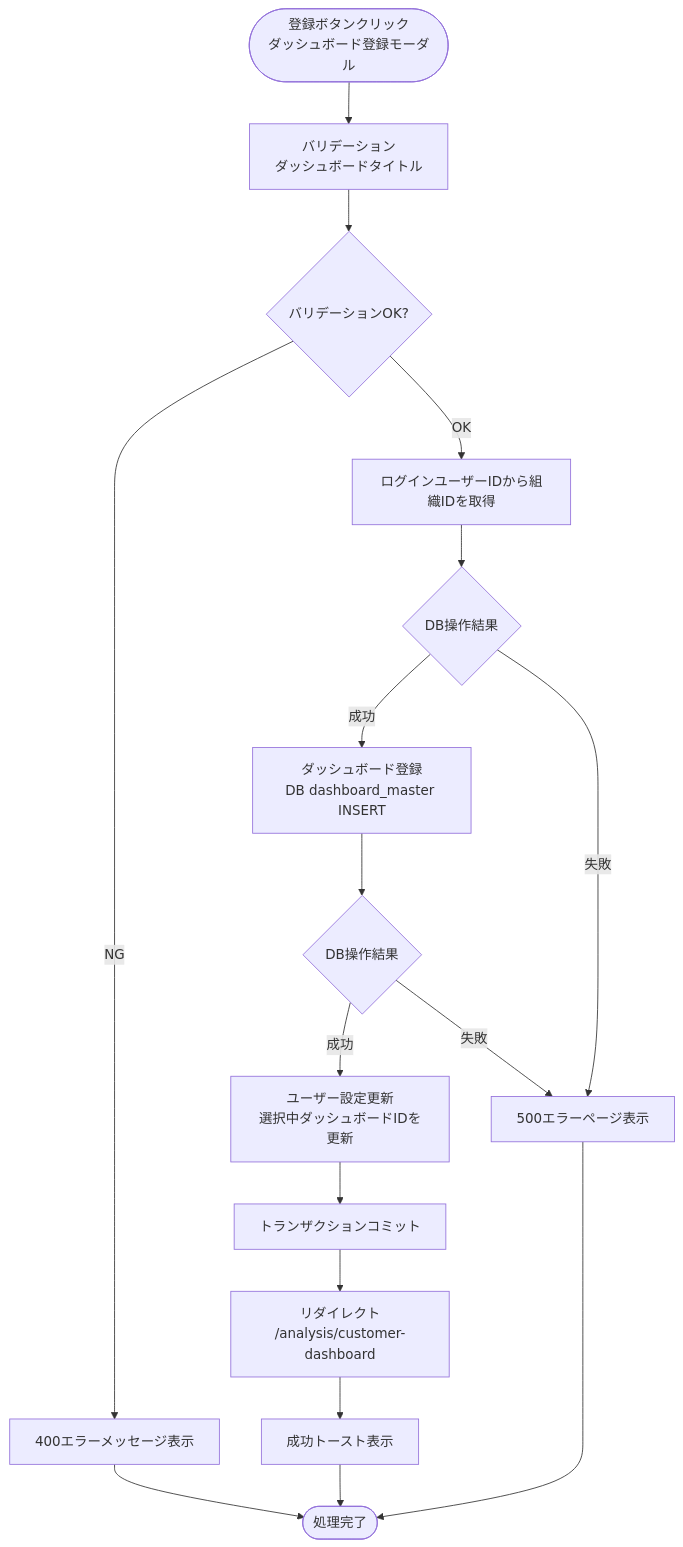
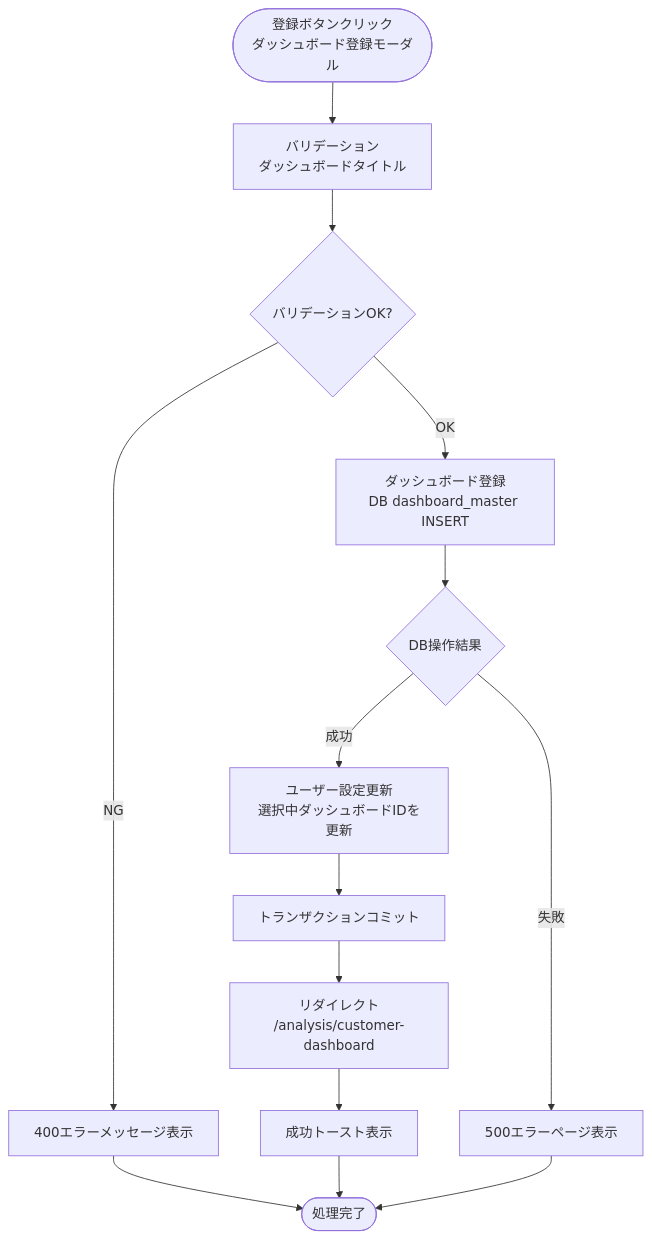
Before and after one commit to NSW-SVCP-AIWG002/Databricks-IoT: the third of 17 diagrams in docs/03-features/flask-app/customer-dashboard/common/workflow-specification.md, drawn with Mermaid. The commit also changed other lines of this file and 3 other files, not shown here.

````diff
--- a/docs/03-features/flask-app/customer-dashboard/common/workflow-specification.md
+++ b/docs/03-features/flask-app/customer-dashboard/common/workflow-specification.md
@@ -931,23 +931,19 @@
 ```mermaid
 flowchart TD
     Start([登録ボタンクリック<br>ダッシュボード登録モーダル]) --> Validate[バリデーション<br>ダッシュボードタイトル]
     Validate --> CheckValidate{バリデーションOK?}
     CheckValidate -->|NG| Error400[400エラーメッセージ表示]
-    CheckValidate -->|OK| OrgIdQuery[ログインユーザーIDから組織IDを取得]
-
-    OrgIdQuery --> CheckOrgIdQuery{DB操作結果}
-    CheckOrgIdQuery -->|成功| Insert[ダッシュボード登録<br>DB dashboard_master INSERT]
-    CheckOrgIdQuery -->|失敗| Error500[500エラーページ表示]
+    CheckValidate -->|OK| Insert[ダッシュボード登録<br>DB dashboard_master INSERT]
 
     Insert --> CheckInsert{DB操作結果}
     CheckInsert -->|成功| UpdateSetting[ユーザー設定更新<br>選択中ダッシュボードIDを更新]
-    CheckInsert -->|失敗| Error500
+    CheckInsert -->|失敗| Error500[500エラーページ表示]
     UpdateSetting --> Commit[トランザクションコミット]
 
     Commit --> Redirect[リダイレクト<br>/analysis/customer-dashboard]
     Redirect --> 200OK[成功トースト表示]
 
     200OK --> End([処理完了])
     Error400 --> End
     Error500 --> End
 ```
````
